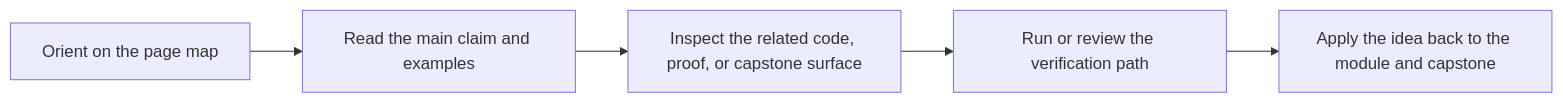
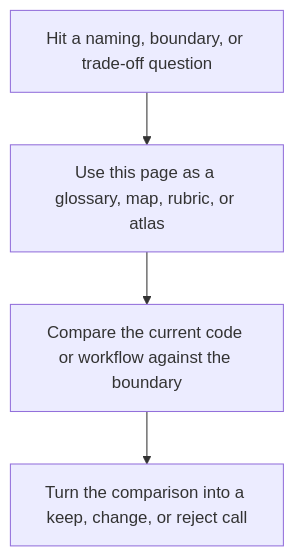
Before and after one commit to bijux/bijux-masterclass: the second of 2 diagrams in programs/python-programming/python-functional-programming/course-book/reference/review-checklist.md, drawn with Mermaid. The commit also changed other lines of this file and 23 other files, not shown here.

Commit message:
docs(python-functional-programming): sharpen guide and reference diagrams

````diff
--- a/programs/python-programming/python-functional-programming/course-book/reference/review-checklist.md
+++ b/programs/python-programming/python-functional-programming/course-book/reference/review-checklist.md
@@ -19,7 +15,6 @@
 ```mermaid
-flowchart LR
-  orient["Orient on the page map"] --> read["Read the main claim and examples"]
-  read --> inspect["Inspect the related code, proof, or capstone surface"]
-  inspect --> verify["Run or review the verification path"]
-  verify --> apply["Apply the idea back to the module and capstone"]
+flowchart TD
+  trigger["Hit a naming, boundary, or trade-off question"] --> lookup["Use this page as a glossary, map, rubric, or atlas"]
+  lookup --> compare["Compare the current code or workflow against the boundary"]
+  compare --> decision["Turn the comparison into a keep, change, or reject call"]
 ```
````
